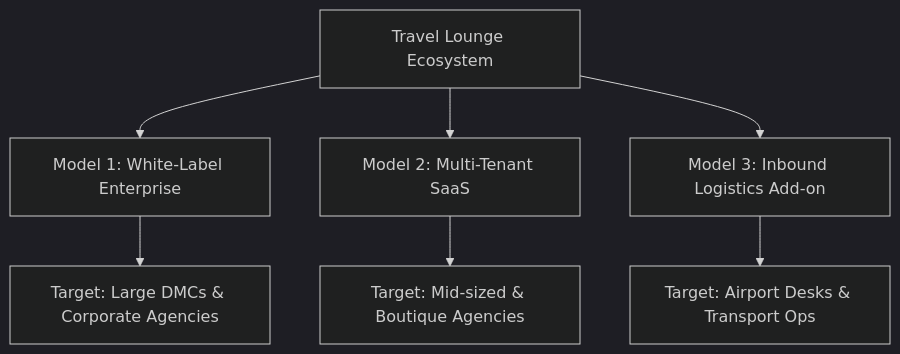
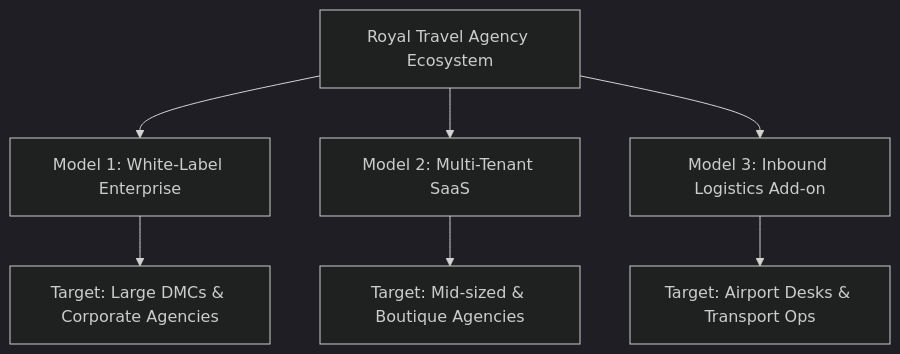
One commit to devenweb/Air-sass-mauritius changed the diagram in web-app/docs/monetization_strategy.md. Above: the diagram before and after it, drawn with Mermaid (dark theme). The commit also changed other lines of this file and 100 other files, not shown here.

Commit message:
docs & config: rename brand terminology to Royal Travel Agency and verify builds

````diff
--- a/web-app/docs/monetization_strategy.md
+++ b/web-app/docs/monetization_strategy.md
@@ -26,10 +26,10 @@
 ```mermaid
 graph TD
-    A[Travel Lounge Ecosystem] --> B[Model 1: White-Label Enterprise]
+    A[Royal Travel Agency Ecosystem] --> B[Model 1: White-Label Enterprise]
     A --> C[Model 2: Multi-Tenant SaaS]
     A --> D[Model 3: Inbound Logistics Add-on]
     
     B --> B1["Target: Large DMCs & Corporate Agencies"]
     C --> C1["Target: Mid-sized & Boutique Agencies"]
     D --> D1["Target: Airport Desks & Transport Ops"]
 ```
````
